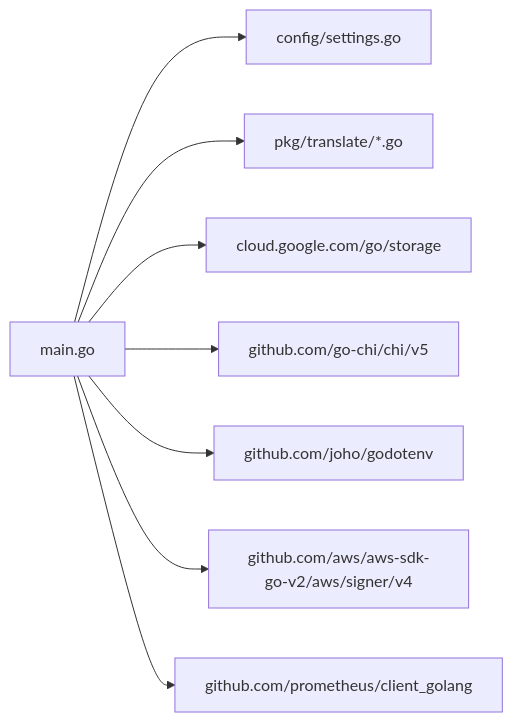
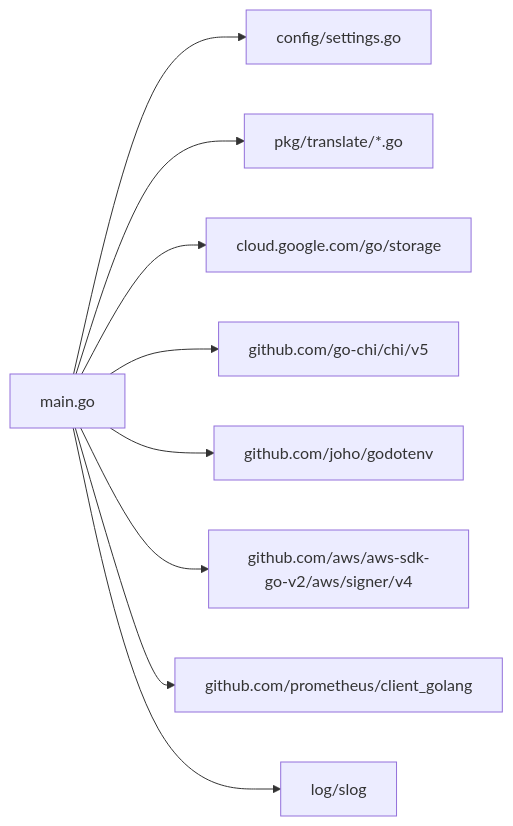
The fourth of 5 diagrams in .qoder/repowiki/zh/content/部署与运维/部署与运维.md (flying1574/S3Proxy4GCS), drawn with Mermaid before and after one commit. The commit also changed other lines of this file and 10 other files, not shown here.

````diff
--- a/.qoder/repowiki/zh/content/部署与运维/部署与运维.md
+++ b/.qoder/repowiki/zh/content/部署与运维/部署与运维.md
@@ -255,10 +296,11 @@
 ```mermaid
 graph LR
 A["main.go"] --> B["config/settings.go"]
 A --> C["pkg/translate/*.go"]
 A --> D["cloud.google.com/go/storage"]
 A --> E["github.com/go-chi/chi/v5"]
 A --> F["github.com/joho/godotenv"]
 A --> G["github.com/aws/aws-sdk-go-v2/aws/signer/v4"]
 A --> H["github.com/prometheus/client_golang"]
+A --> I["log/slog"]
 ```
````
